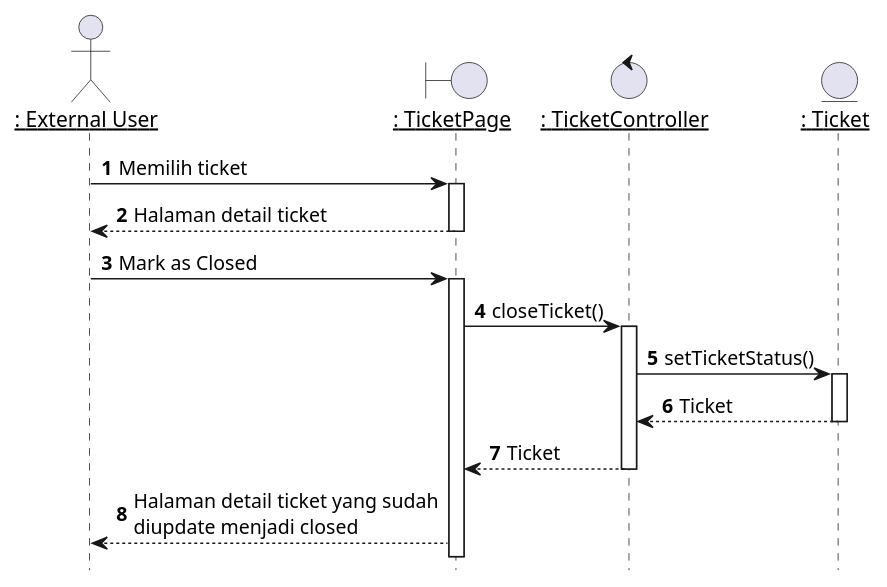
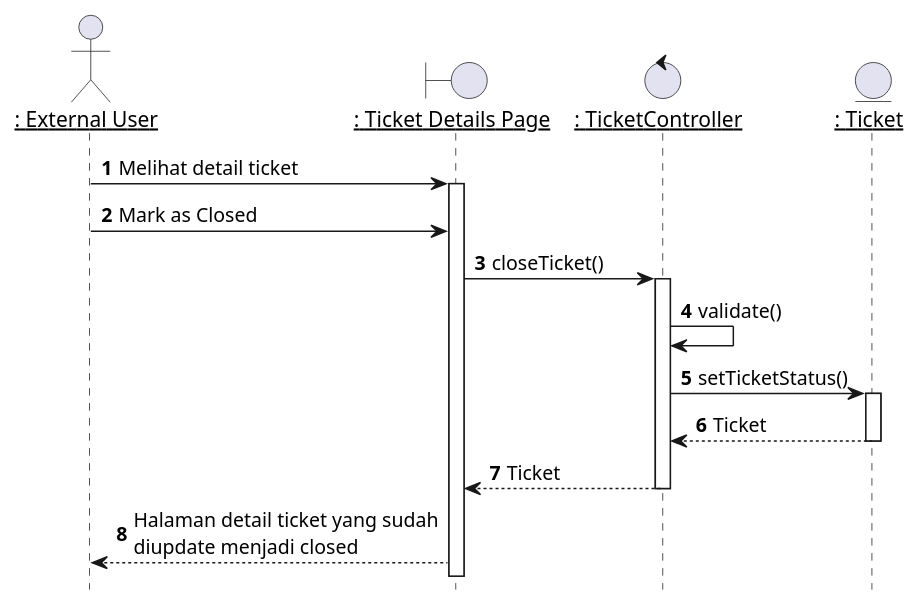
Before and after one commit to TAS-PKL/Laporan-PKL-Ticketing: the diagram in plantuml/sequence/ex/ex5.puml, drawn with PlantUML. The commit also changed 47 other files, not shown here.

```diff
--- a/plantuml/sequence/ex/ex5.puml
+++ b/plantuml/sequence/ex/ex5.puml
@@ -1,39 +1,39 @@
 @startuml Menutup Ticket
 
 hide footbox
 
 ' title "Menutup Ticket"
 
 actor EU as "__: External User__"
-boundary TicketPage as "__: TicketPage__"
+boundary TicketPage as "__: Ticket Details Page__"
 control TicketController as "__: TicketController__"
 entity Ticket as "__: Ticket__"
 
 autonumber 1
 'list
-EU -> TicketPage: Memilih ticket
+EU -> TicketPage: Melihat detail ticket
 activate TicketPage
 
-TicketPage --> EU: Halaman detail ticket
-deactivate TicketPage
 
 'Menutup ticket
 EU -> TicketPage: Mark as Closed
-activate TicketPage
+' activate TicketPage
 
 TicketPage -> TicketController: closeTicket()
 activate TicketController
+
+TicketController -> TicketController: validate()
 
 TicketController -> Ticket: setTicketStatus()
 activate Ticket
 
 Ticket --> TicketController : Ticket
 deactivate Ticket
 
 TicketController --> TicketPage : Ticket
 deactivate TicketController
 
 TicketPage --> EU : Halaman detail ticket yang sudah\ndiupdate menjadi closed
 
 
 @enduml
```
